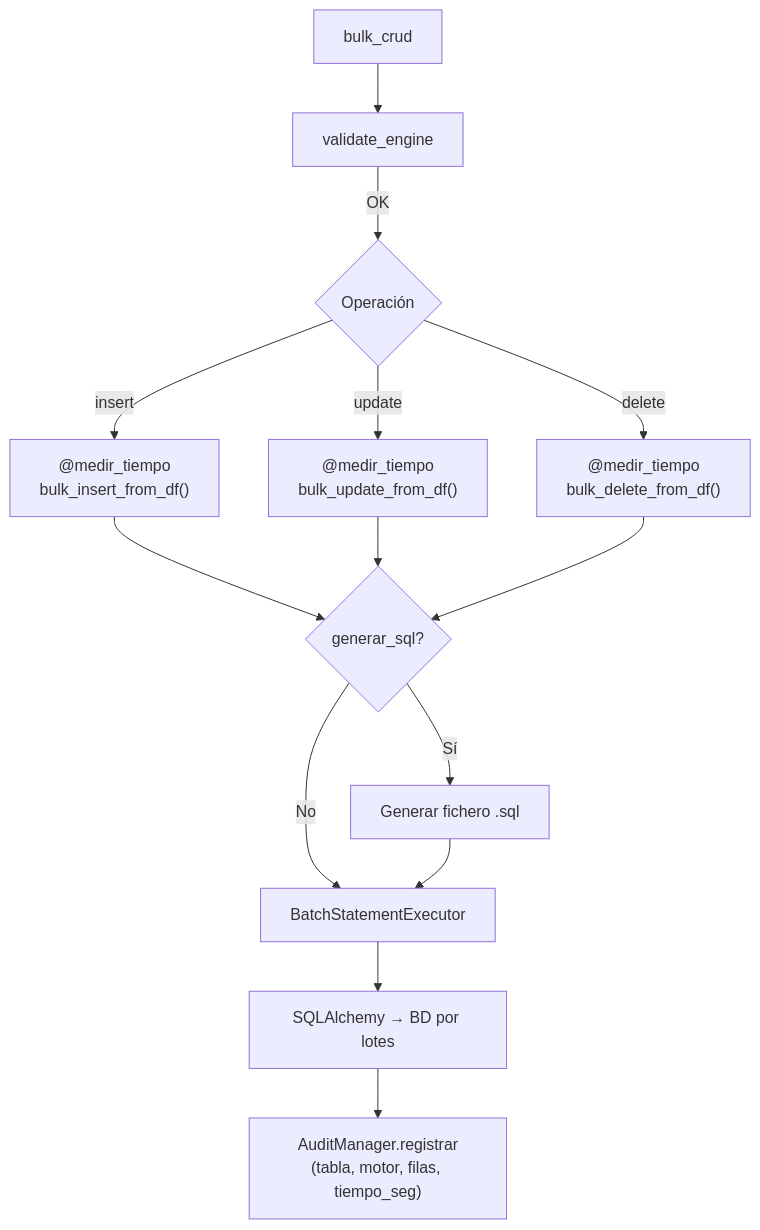
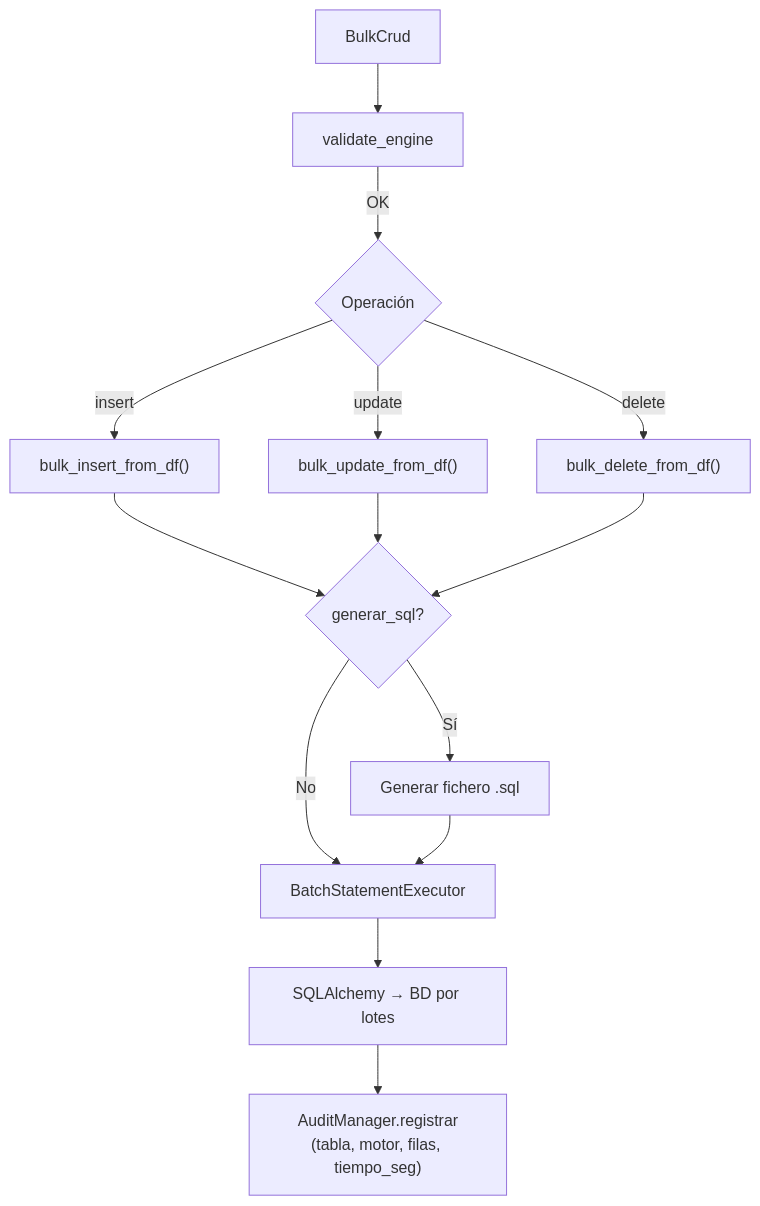
One commit to fmanza/util_bbdd changed the diagram in docs/api/bulk-crud.md. Above: the diagram before and after it, drawn with Mermaid. The commit also changed other lines of this file and 117 other files, not shown here.

````diff
--- a/docs/api/bulk-crud.md
+++ b/docs/api/bulk-crud.md
@@ -15,14 +7,14 @@
 ```mermaid
 flowchart TD
-    A[bulk_crud] --> B[validate_engine]
+    A[BulkCrud] --> B[validate_engine]
     B -->|OK| C{Operación}
-    C -->|insert| D["@medir_tiempo<br/>bulk_insert_from_df()"]
-    C -->|update| E["@medir_tiempo<br/>bulk_update_from_df()"]
-    C -->|delete| F["@medir_tiempo<br/>bulk_delete_from_df()"]
+    C -->|insert| D["bulk_insert_from_df()"]
+    C -->|update| E["bulk_update_from_df()"]
+    C -->|delete| F["bulk_delete_from_df()"]
     D & E & F --> G{generar_sql?}
     G -->|Sí| H[Generar fichero .sql]
     G -->|No| I[BatchStatementExecutor]
     H --> I
     I --> J[SQLAlchemy → BD por lotes]
-    J --> K["AuditManager.registrar<br/>(tabla, motor, filas, tiempo_seg)"]
+    J --> K["AuditManager.registrar\n(tabla, motor, filas, tiempo_seg)"]
 ```
````
